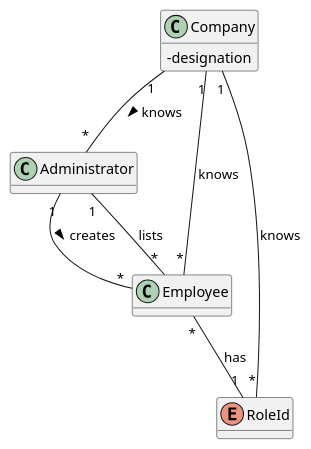
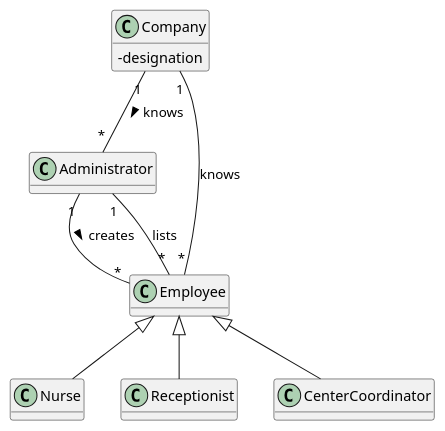
Before and after one commit to miseEnPlace-i/lapr2: the diagram in docs/SprintB/US11/DM/US11_DM.puml, drawn with PlantUML. The commit also changed 3 other files, not shown here.

```diff
--- a/docs/SprintB/US11/DM/US11_DM.puml
+++ b/docs/SprintB/US11/DM/US11_DM.puml
@@ -1,25 +1,24 @@
 @startuml
 hide methods
 skinparam classAttributeIconSize 0
 
 class Administrator {}
 
 class Employee {
 }
 
 class Company {
   - designation
 }
 
-enum RoleId {}
-
 Administrator "1" -- "*" Employee : creates >
 Administrator "1" -- "*" Employee : lists 
 
 Company "1" -- "*" Administrator : knows  >
 Company "1" -- "*" Employee : knows 
 
-Company "1" -- "*" RoleId : knows
-Employee "*" -- "1" RoleId : has
+Employee <|-- Nurse
+Employee <|-- Receptionist
+Employee <|-- CenterCoordinator
 
 @enduml
```
